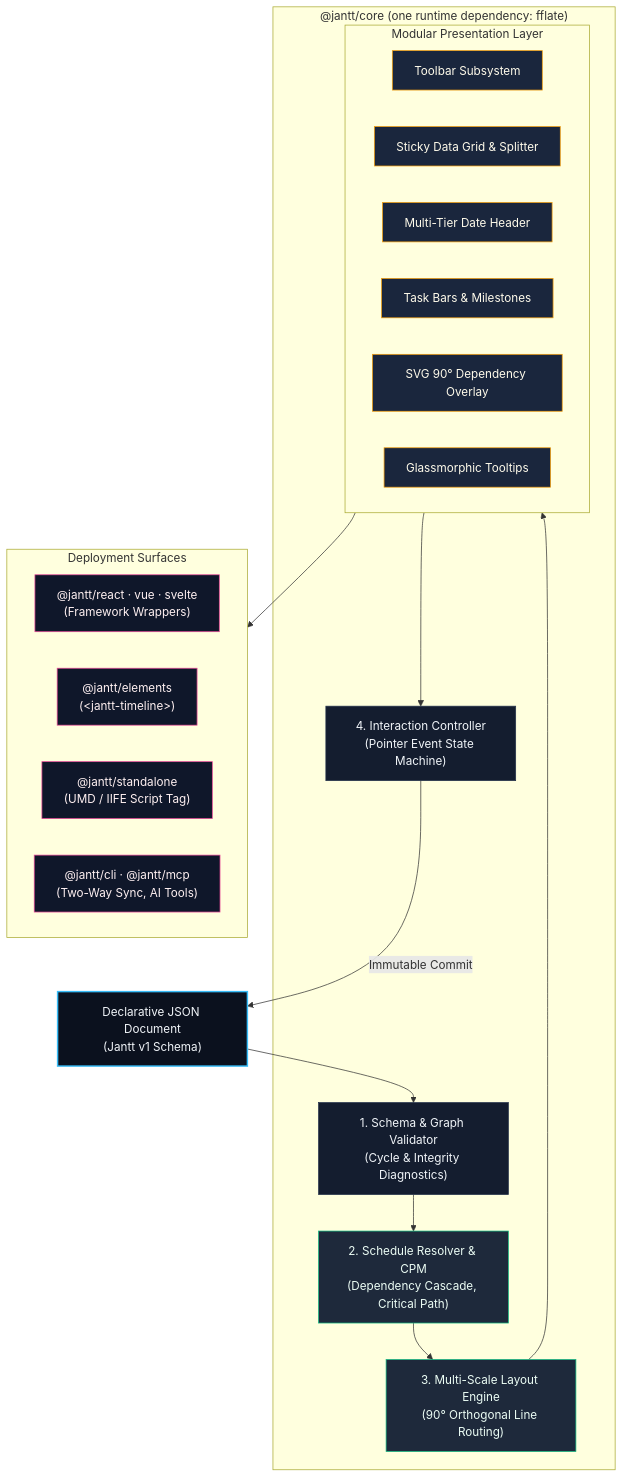
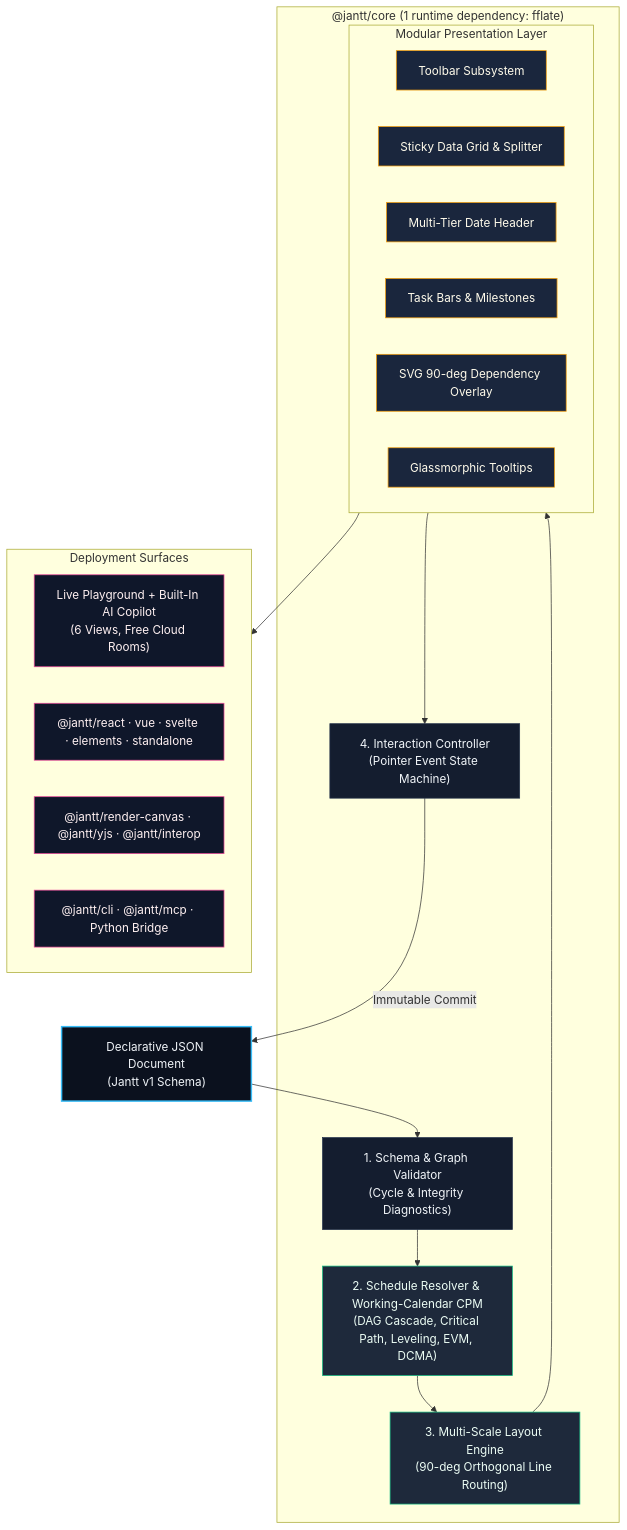
Before and after one commit to AhmadHassan-BTed/Jantt: the second of 2 diagrams in README.md, drawn with Mermaid. The commit also changed other lines of this file and 1 other file, not shown here.

Commit message:
docs(readme,seo): overhaul README for AI Gantt Copilot, everyday use cases, comparisons, and Playground SEO

````diff
--- a/README.md
+++ b/README.md
@@ -595,44 +660,39 @@
 ```mermaid
 flowchart TD
     classDef input fill:#0B111E,stroke:#38BDF8,stroke-width:2px,color:#F1F5F9;
     classDef core fill:#141D2F,stroke:#24324B,stroke-width:1px,color:#F1F5F9;
     classDef algo fill:#1E293B,stroke:#10B981,stroke-width:1px,color:#ECFDF5;
     classDef render fill:#1A263D,stroke:#F59E0B,stroke-width:1px,color:#FFFBEB;
     classDef target fill:#0F172A,stroke:#EC4899,stroke-width:1px,color:#FFF1F2;
 
     JSON["Declarative JSON Document<br/>(Jantt v1 Schema)"]:::input
-    
-    subgraph CoreEngine ["@jantt/core (one runtime dependency: fflate)"]
+
+    subgraph CoreEngine ["@jantt/core (1 runtime dependency: fflate)"]
         VAL["1. Schema & Graph Validator<br/>(Cycle & Integrity Diagnostics)"]:::core
-        RES["2. Schedule Resolver & CPM<br/>(Dependency Cascade, Critical Path)"]:::algo
-        LAY["3. Multi-Scale Layout Engine<br/>(90° Orthogonal Line Routing)"]:::algo
-        
+        RES["2. Schedule Resolver & Working-Calendar CPM<br/>(DAG Cascade, Critical Path, Leveling, EVM, DCMA)"]:::algo
+        LAY["3. Multi-Scale Layout Engine<br/>(90-deg Orthogonal Line Routing)"]:::algo
+
         subgraph Renderers ["Modular Presentation Layer"]
             REN_TBAR["Toolbar Subsystem"]:::render
             REN_GRID["Sticky Data Grid & Splitter"]:::render
             REN_HEAD["Multi-Tier Date Header"]:::render
             REN_BARS["Task Bars & Milestones"]:::render
-            REN_SVG["SVG 90° Dependency Overlay"]:::render
+            REN_SVG["SVG 90-deg Dependency Overlay"]:::render
             REN_TIP["Glassmorphic Tooltips"]:::render
         end
-        
+
         CTRL["4. Interaction Controller<br/>(Pointer Event State Machine)"]:::core
     end
 
-    JSON --> VAL
-    VAL --> RES
-    RES --> LAY
-    LAY --> Renderers
-    Renderers --> CTRL
-
+    JSON --> VAL --> RES --> LAY --> Renderers --> CTRL
     CTRL -- "Immutable Commit" --> JSON
 
     subgraph Targets ["Deployment Surfaces"]
-        T_REACT["@jantt/react · vue · svelte<br/>(Framework Wrappers)"]:::target
-        T_ELEM["@jantt/elements<br/>(&lt;jantt-timeline&gt;)"]:::target
-        T_STAND["@jantt/standalone<br/>(UMD / IIFE Script Tag)"]:::target
-        T_CLI["@jantt/cli · @jantt/mcp<br/>(Two-Way Sync, AI Tools)"]:::target
+        T_PLAY["Live Playground + Built-In AI Copilot<br/>(6 Views, Free Cloud Rooms)"]:::target
+        T_REACT["@jantt/react · vue · svelte · elements · standalone"]:::target
+        T_CANVAS["@jantt/render-canvas · @jantt/yjs · @jantt/interop"]:::target
+        T_CLI["@jantt/cli · @jantt/mcp · Python Bridge"]:::target
     end
 
     Renderers --> Targets
 ```
````
